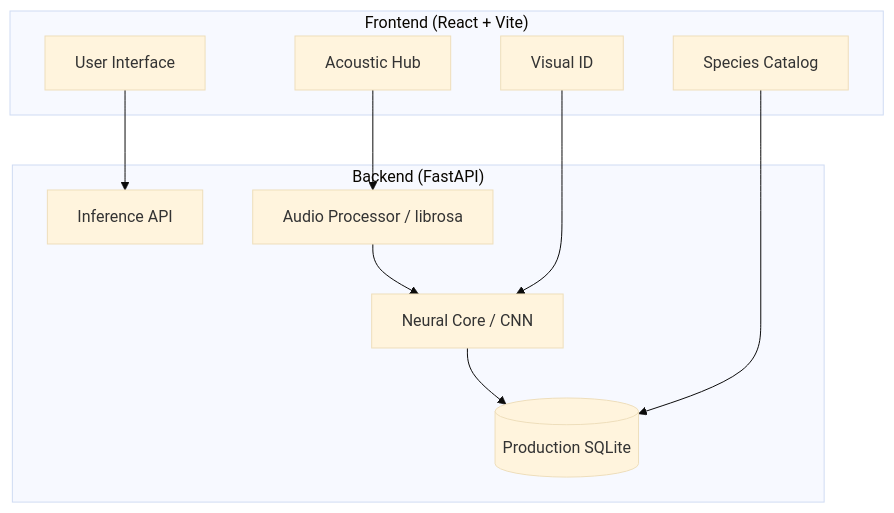
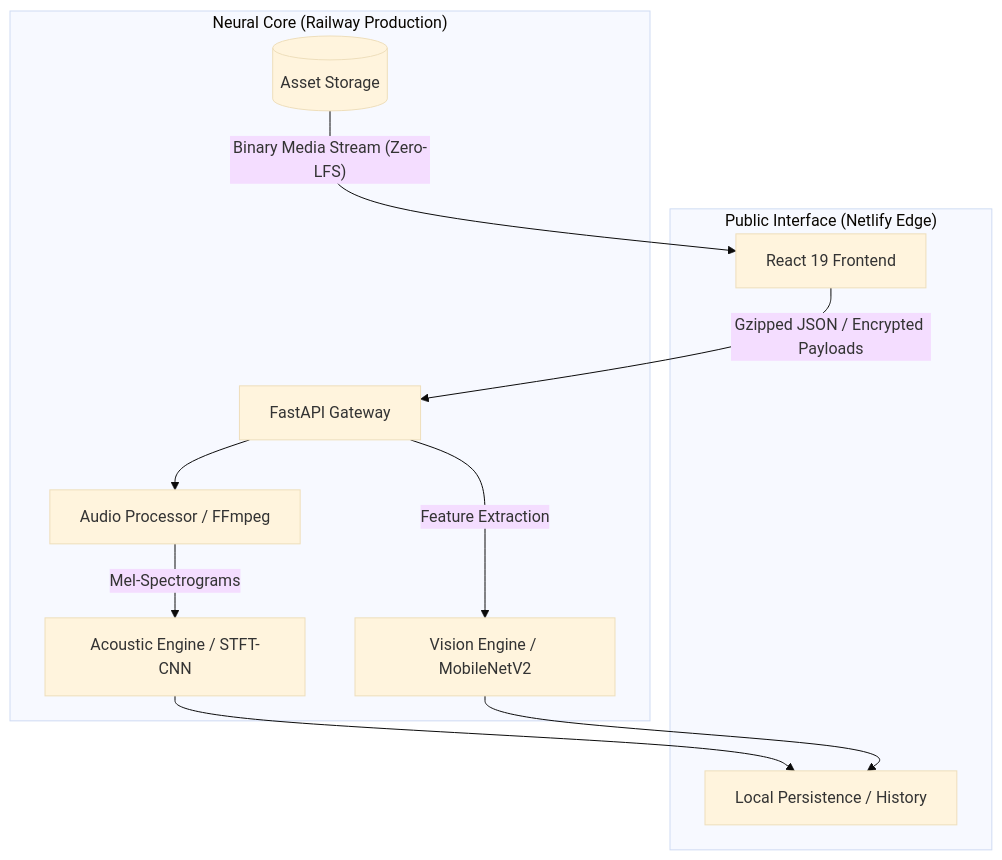
The diagram in README.md (bhoomika16-dev/PakshiAI), drawn with Mermaid (base theme) before and after one commit. The commit also changed other lines of this file, not shown here.

Commit message:
docs: finalize professional production architecture and feature documentation

````diff
--- a/README.md
+++ b/README.md
@@ -41,23 +34,22 @@
 ```mermaid
 graph TD
-    subgraph "Frontend (React + Vite)"
-        UI[User Interface]
-        AH[Acoustic Hub]
-        VID[Visual ID]
-        CAT[Species Catalog]
+    subgraph "Public Interface (Netlify Edge)"
+        UI[React 19 Frontend]
+        STATE[Local Persistence / History]
     end
 
-    subgraph "Backend (FastAPI)"
-        API[Inference API]
-        PROC[Audio Processor / librosa]
-        CORE[Neural Core / CNN]
-        DB[(Production SQLite)]
+    subgraph "Neural Core (Railway Production)"
+        API[FastAPI Gateway]
+        PROC[Audio Processor / FFmpeg]
+        VC[Vision Engine / MobileNetV2]
+        AC[Acoustic Engine / STFT-CNN]
+        DB[(Asset Storage)]
     end
 
-    UI --> API
-    AH --> PROC
-    PROC --> CORE
-    VID --> CORE
-    CORE --> DB
-    CAT --> DB
+    UI -- "Gzipped JSON / Encrypted Payloads" --> API
+    API --> PROC
+    PROC -- "Mel-Spectrograms" --> AC
+    API -- "Feature Extraction" --> VC
+    AC & VC --> STATE
+    DB -- "Binary Media Stream (Zero-LFS)" --> UI
 ```
````
